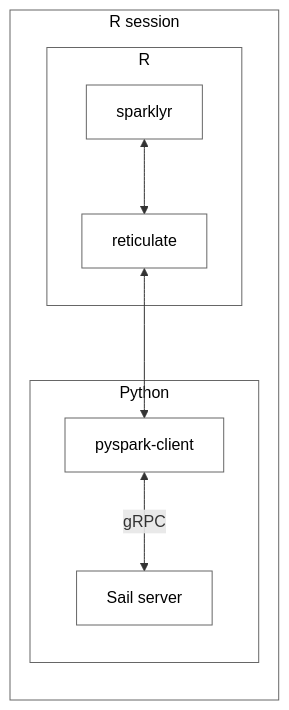
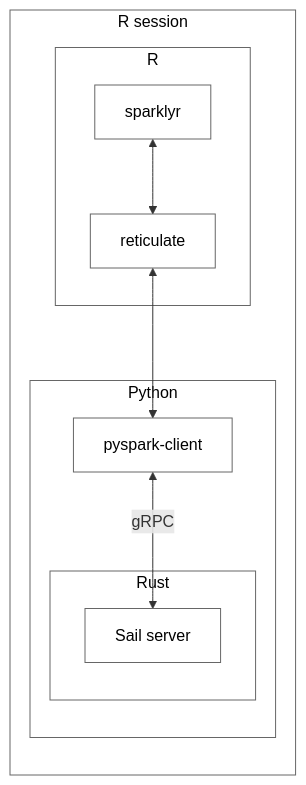
The diagram in deployment/sail.qmd (rstudio/spark.rstudio.com), drawn with Mermaid before and after one commit. The commit also changed other lines of this file and 1 other file, not shown here.

Commit message:
Completes 'how it works'

````diff
--- a/deployment/sail.qmd
+++ b/deployment/sail.qmd
@@ -137,26 +195,29 @@
 ```{mermaid}
 %%| fig-width: 10
 %%| eval: true
 flowchart LR
   subgraph rs[R session]
     subgraph r[R]
       sr[sparklyr]
       rt[reticulate]
     end
     subgraph ps[Python]
       pc[pyspark-client]
-      sl[Sail server]
+      subgraph rust[Rust]
+        sl[Sail server]
+      end
     end
   end
   sr <--> rt
   rt <--> pc
   pc <-- gRPC --> sl
 
   style rs  fill:#fff,stroke:#666,color:#000
   style r   fill:#fff,stroke:#666,color:#000
   style sr  fill:#fff,stroke:#666,color:#000
   style rt  fill:#fff,stroke:#666,color:#000
   style ps  fill:#fff,stroke:#666,color:#000
   style pc  fill:#fff,stroke:#666,color:#000
+  style rust fill:#fff,stroke:#666,color:#000
   style sl  fill:#fff,stroke:#666,color:#000
 ```
````
